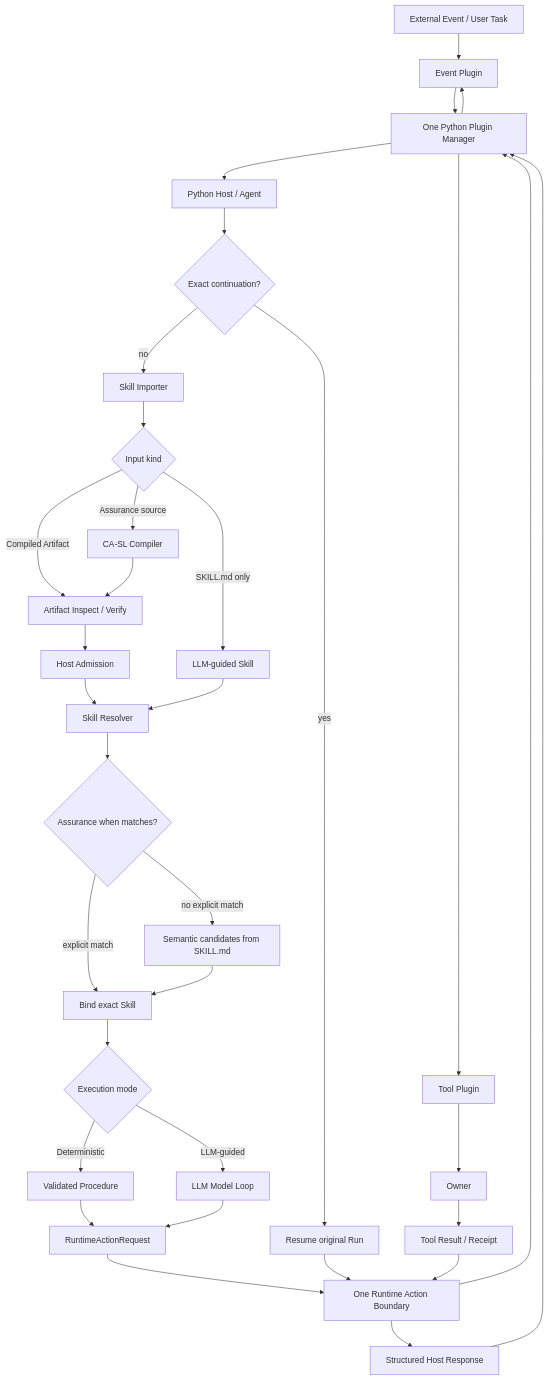
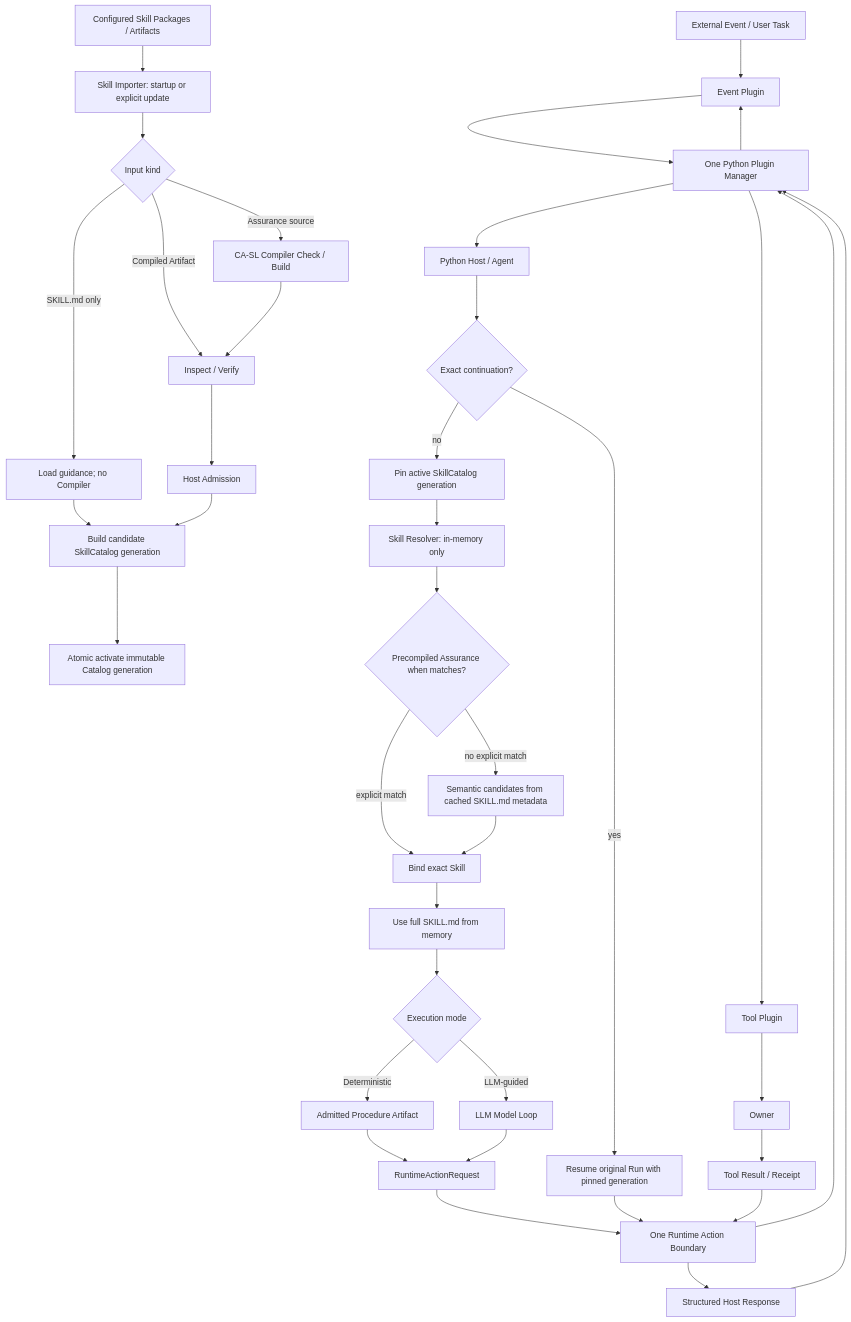
Before and after one commit to odango-chan/ca-agent-next: the diagram in docs/architecture.md, drawn with Mermaid. The commit also changed other lines of this file, not shown here.

Commit message:
docs: define SkillCatalog hot path and generation lifecycle

```diff
--- a/docs/architecture.md
+++ b/docs/architecture.md
@@ -254,36 +301,41 @@
 ~~~mermaid
 flowchart TB
+  PKG[Configured Skill Packages / Artifacts] --> IMPORT[Skill Importer: startup or explicit update]
+  IMPORT --> SOURCE{Input kind}
+  SOURCE -->|SKILL.md only| GUIDANCE[Load guidance; no Compiler]
+  SOURCE -->|Assurance source| COMP[CA-SL Compiler Check / Build]
+  SOURCE -->|Compiled Artifact| VERIFY[Inspect / Verify]
+  COMP --> VERIFY
+  VERIFY --> ADMIT[Host Admission]
+  GUIDANCE --> CANDIDATE[Build candidate SkillCatalog generation]
+  ADMIT --> CANDIDATE
+  CANDIDATE --> SWAP[Atomic activate immutable Catalog generation]
+
   EXT[External Event / User Task] --> EP[Event Plugin]
   EP --> PM[One Python Plugin Manager]
   PM --> HOST[Python Host / Agent]
   HOST --> CONT{Exact continuation?}
-  CONT -->|yes| RESUME[Resume original Run]
-  CONT -->|no| IMPORT[Skill Importer]
-  IMPORT --> SOURCE{Input kind}
-  SOURCE -->|SKILL.md only| GUIDANCE[LLM-guided Skill]
-  SOURCE -->|Assurance source| COMP[CA-SL Compiler]
-  SOURCE -->|Compiled Artifact| VERIFY[Artifact Inspect / Verify]
-  COMP --> VERIFY
-  VERIFY --> ADMIT[Host Admission]
-  ADMIT --> RESOLVER[Skill Resolver]
-  GUIDANCE --> RESOLVER
-  RESOLVER --> WHEN{Assurance when matches?}
+  CONT -->|yes| RESUME[Resume original Run with pinned generation]
+  CONT -->|no| PIN[Pin active SkillCatalog generation]
+  PIN --> RESOLVER[Skill Resolver: in-memory only]
+  RESOLVER --> WHEN{Precompiled Assurance when matches?}
   WHEN -->|explicit match| SELECT[Bind exact Skill]
-  WHEN -->|no explicit match| SEMANTIC[Semantic candidates from SKILL.md]
+  WHEN -->|no explicit match| SEMANTIC[Semantic candidates from cached SKILL.md metadata]
   SEMANTIC --> SELECT
-  SELECT --> MODE{Execution mode}
-  MODE -->|Deterministic| PROC[Validated Procedure]
+  SELECT --> GUIDANCELOAD[Use full SKILL.md from memory]
+  GUIDANCELOAD --> MODE{Execution mode}
+  MODE -->|Deterministic| PROC[Admitted Procedure Artifact]
   MODE -->|LLM-guided| LOOP[LLM Model Loop]
   PROC --> ACTION[RuntimeActionRequest]
   LOOP --> ACTION
   ACTION --> RT[One Runtime Action Boundary]
   RESUME --> RT
   RT --> PM
   PM --> TOOL[Tool Plugin]
   TOOL --> OWNER[Owner]
   OWNER --> RESULT[Tool Result / Receipt]
   RESULT --> RT
   RT --> RESPONSE[Structured Host Response]
   RESPONSE --> PM
   PM --> EP
 ~~~
```
